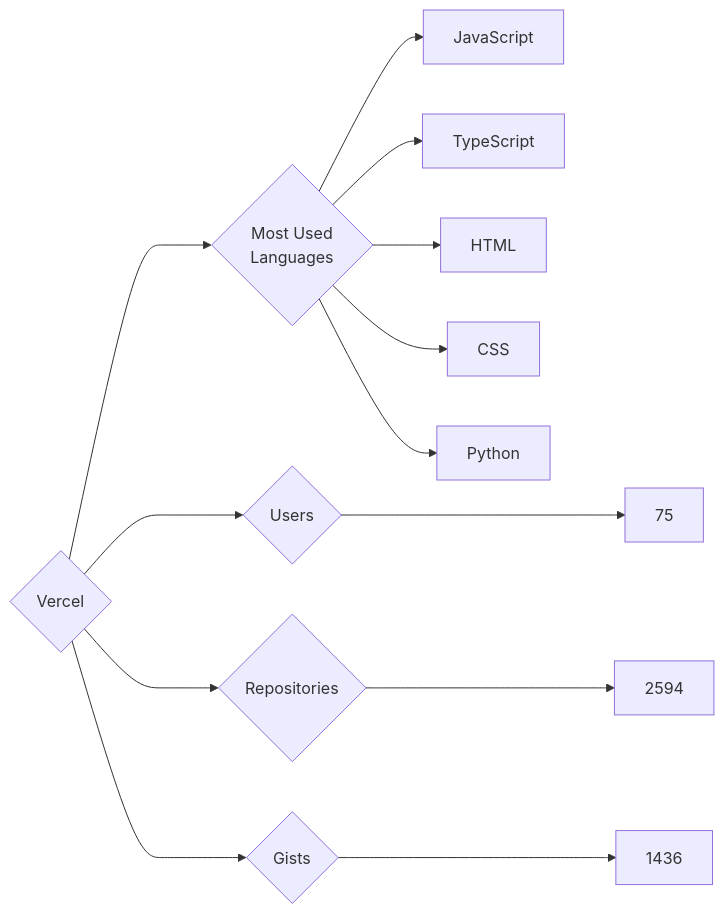
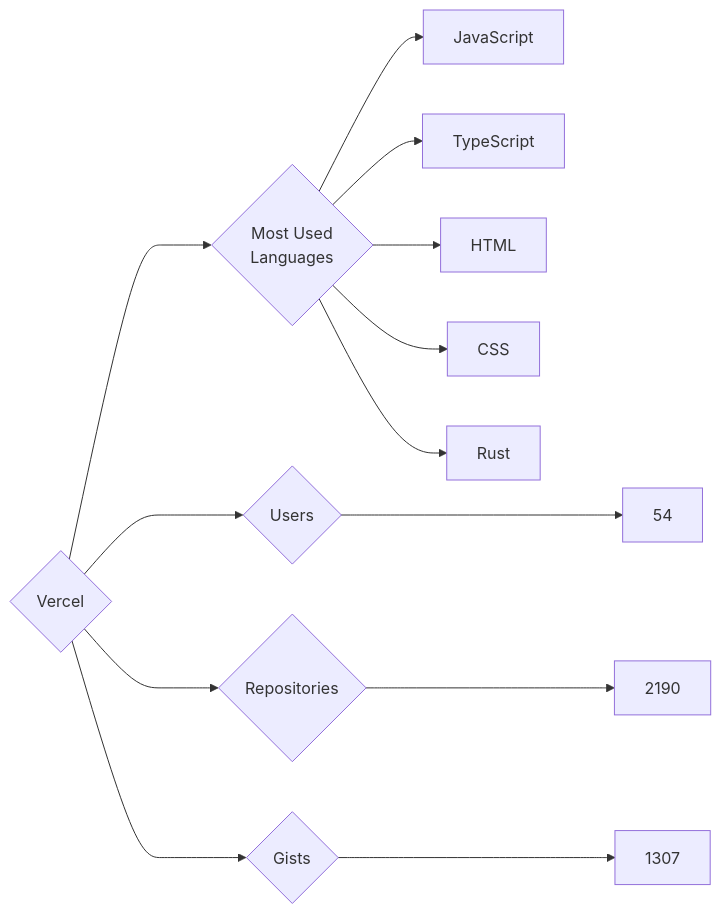
One commit to trickest/insiders changed the diagram in targets/Vercel/README.md. Above: the diagram before and after it, drawn with Mermaid. The commit also changed 1011 other files, not shown here.

````diff
--- a/targets/Vercel/README.md
+++ b/targets/Vercel/README.md
@@ -3,13 +3,13 @@
 ```mermaid
 graph LR
 COMPANY_NAME{Vercel}
-COMPANY_NAME ---> U{Users} ---> UN[75]
-COMPANY_NAME ---> R{Repositories} ---> RN[2594]
-COMPANY_NAME ---> G{Gists} ---> GN[1436]
+COMPANY_NAME ---> U{Users} ---> UN[54]
+COMPANY_NAME ---> R{Repositories} ---> RN[2190]
+COMPANY_NAME ---> G{Gists} ---> GN[1307]
 COMPANY_NAME ---> ML{Most Used<br>Languages}
 ML --> JavaScript[JavaScript]
 ML --> TypeScript[TypeScript]
 ML --> HTML[HTML]
 ML --> CSS[CSS]
-ML --> Python[Python]
+ML --> Rust[Rust]
 ```
````
